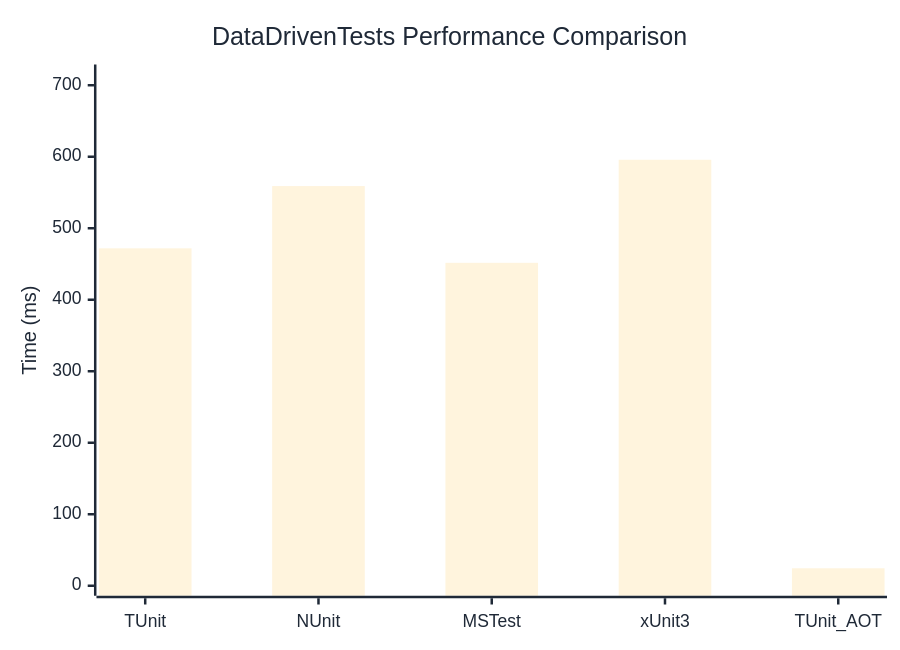
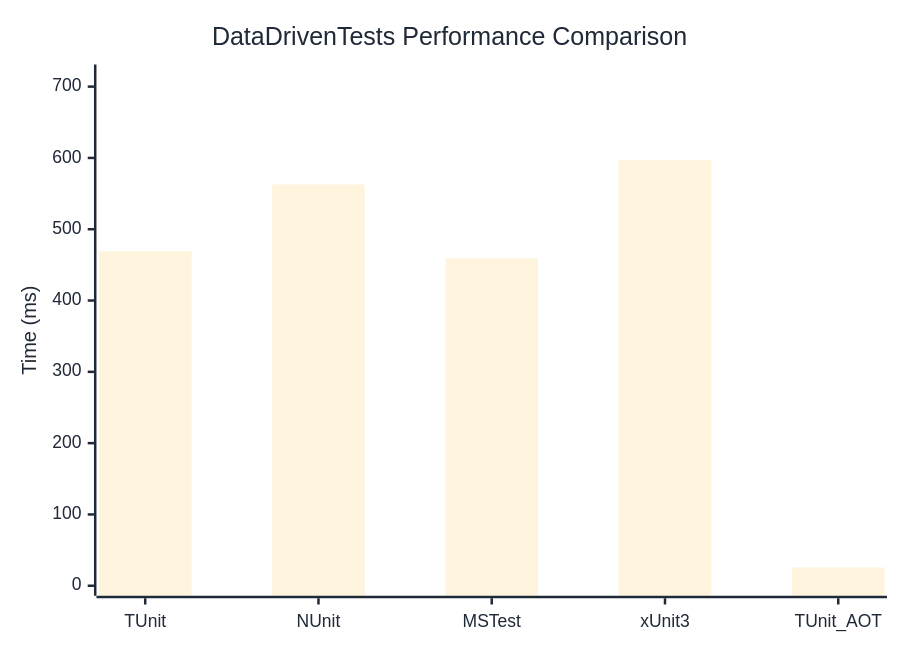
One commit to thomhurst/TUnit changed the diagram in docs/docs/benchmarks/DataDrivenTests.md. Above: the diagram before and after it, drawn with Mermaid. The commit also changed other lines of this file and 17 other files, not shown here.

````diff
--- a/docs/docs/benchmarks/DataDrivenTests.md
+++ b/docs/docs/benchmarks/DataDrivenTests.md
@@ -27,37 +27,37 @@
 ```mermaid
 %%{init: {
   'theme':'base',
   'themeVariables': {
     'primaryColor': '#2563eb',
     'primaryTextColor': '#1f2937',
     'primaryBorderColor': '#1e40af',
     'lineColor': '#6b7280',
     'secondaryColor': '#7c3aed',
     'tertiaryColor': '#dc2626',
     'background': '#ffffff',
     'mainBkg': '#2563eb',
     'secondBkg': '#7c3aed',
     'tertiaryBkg': '#dc2626',
     'clusterBkg': '#f3f4f6',
     'edgeLabelBackground': '#ffffff',
     'tertiaryTextColor': '#1f2937',
     'pie1': '#2563eb',
     'pie2': '#7c3aed',
     'pie3': '#dc2626',
     'pie4': '#f59e0b',
     'pie5': '#10b981',
     'pie6': '#06b6d4',
     'pie7': '#ec4899',
     'pie8': '#6366f1',
     'pie9': '#84cc16',
     'pie10': '#f97316',
     'pie11': '#14b8a6',
     'pie12': '#a855f7'
   }
 }}%%
 xychart-beta
   title "DataDrivenTests Performance Comparison"
   x-axis ["TUnit", "NUnit", "MSTest", "xUnit3", "TUnit_AOT"]
-  y-axis "Time (ms)" 0 --> 715
-  bar [471.88, 558.97, 451.65, 595.75, 24.45]
+  y-axis "Time (ms)" 0 --> 717
+  bar [469.07, 562.73, 459.11, 597.06, 25.67]
 ```
````
